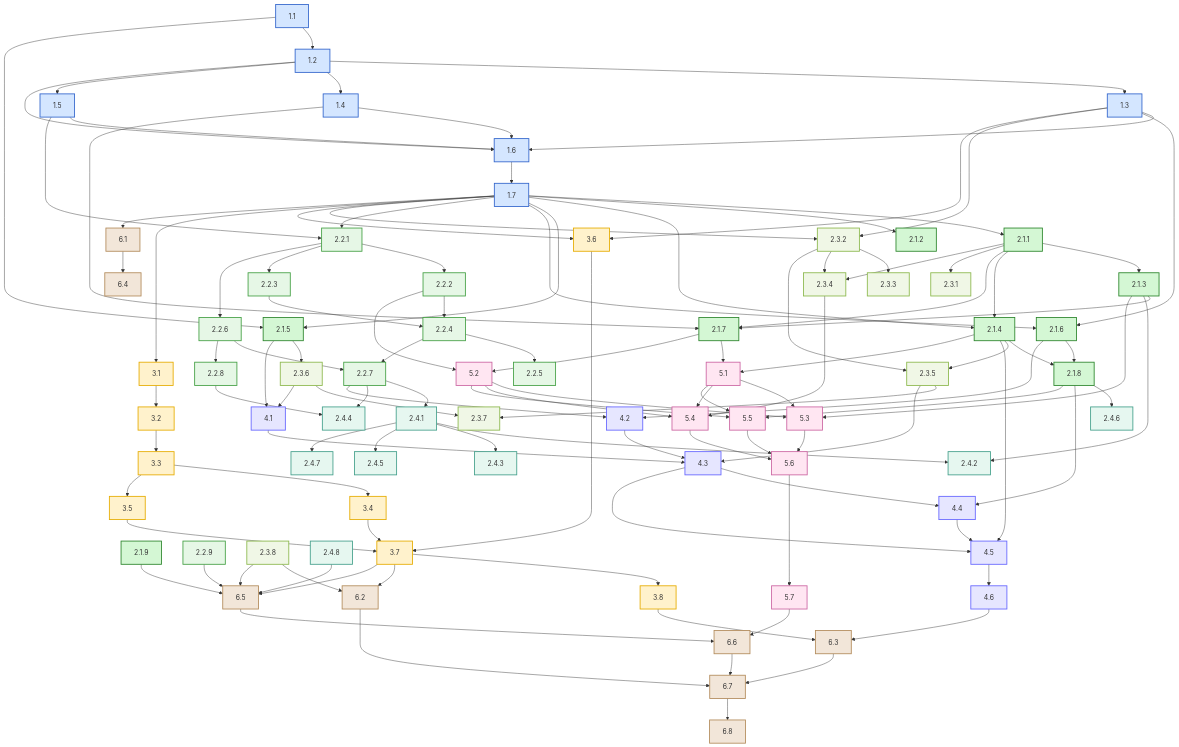
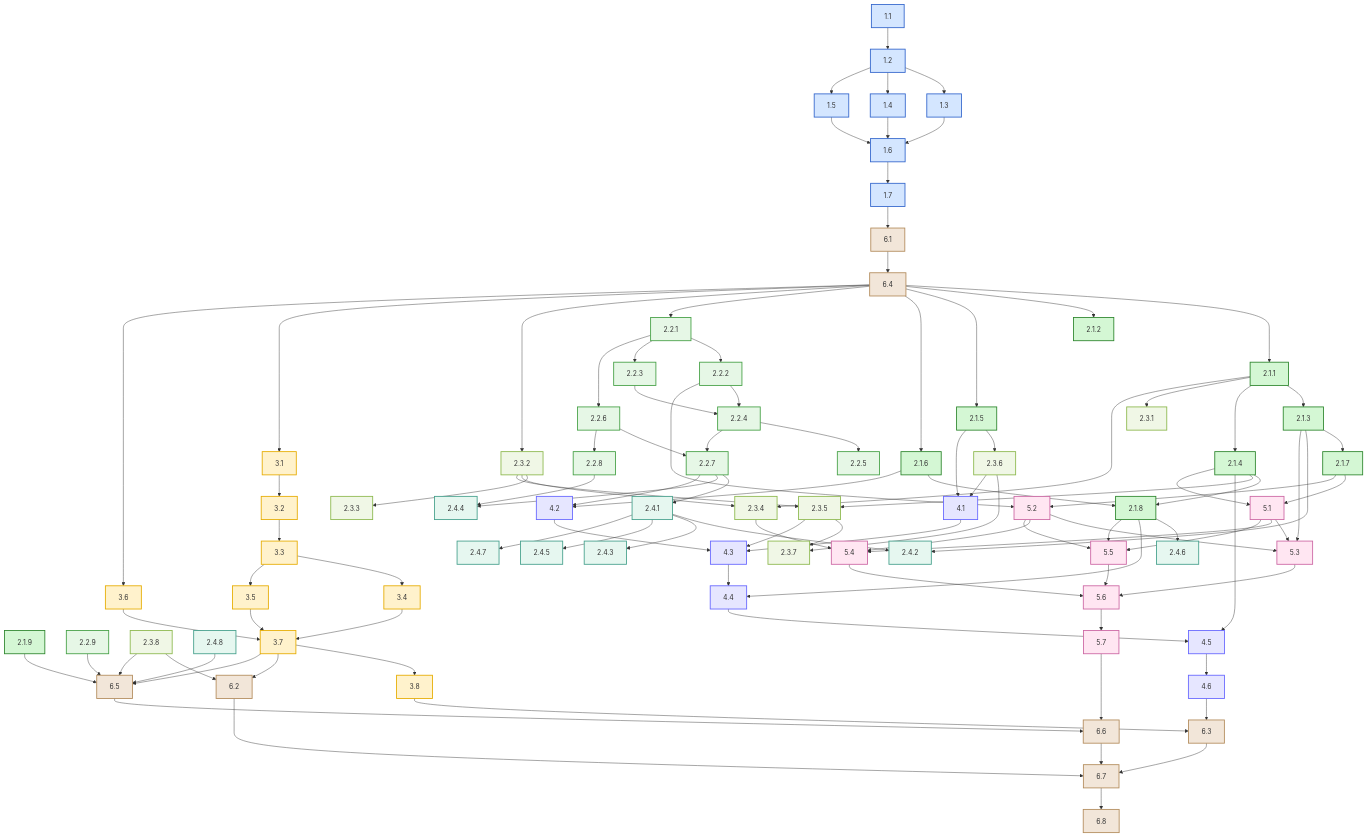
The first of 2 diagrams in docs/planning.md (Oldranda1414/SP2PFL-ProjectManagement), drawn with Mermaid before and after one commit.

Commit message:
update dependency graph

```diff
--- a/docs/planning.md
+++ b/docs/planning.md
@@ -548,36 +548,33 @@
     6.8:::qa
 
     %% Dependencies
+
+    %%% Research & Design Dependencies
     1.1 --> 1.2
     1.2 --> 1.3
     1.2 --> 1.4
     1.2 --> 1.5
-    1.2 --> 1.6
     1.3 --> 1.6
     1.4 --> 1.6
     1.5 --> 1.6
     1.6 --> 1.7
     
-    1.7 --> 2.1.1
-    1.7 --> 2.1.2
-    1.7 --> 2.1.4
-    1.7 --> 2.1.5
-    1.7 --> 2.1.6
-    1.1 --> 2.1.5
-    1.3 --> 2.1.6
-    1.4 --> 2.1.7
-    1.5 --> 2.2.1
-    1.7 --> 2.2.1
-    1.3 --> 2.3.2
-    1.7 --> 2.3.2
-    1.3 --> 3.6
-    1.7 --> 3.6
-    1.7 --> 3.1
+    %%% Quality Assurance Dependencies
     1.7 --> 6.1
+    6.1 --> 6.4
+    
+    %%% Core Framework Dependencies
+    6.4 --> 2.1.1
+    6.4 --> 2.1.2
+    6.4 --> 2.1.5
+    6.4 --> 2.1.6
+    6.4 --> 2.2.1
+    6.4 --> 2.3.2
+    6.4 --> 3.1
+    6.4 --> 3.6
     
     2.1.1 --> 2.1.3
     2.1.1 --> 2.1.4
-    2.1.1 --> 2.1.7
     2.1.1 --> 2.3.1
     2.1.1 --> 2.3.4
     2.1.3 --> 2.1.7
@@ -597,6 +594,7 @@
     2.1.8 --> 4.4
     2.1.8 --> 5.5
     
+    %%% Model Definition Dependencies
     2.2.1 --> 2.2.2
     2.2.1 --> 2.2.3
     2.2.1 --> 2.2.6
@@ -612,6 +610,7 @@
     2.2.7 --> 4.2
     2.2.8 --> 2.4.4
     
+    %%% Federation Management Dependencies
     2.3.2 --> 2.3.3
     2.3.2 --> 2.3.4
     2.3.2 --> 2.3.5
@@ -621,11 +620,13 @@
     2.3.6 --> 2.3.7
     2.3.6 --> 4.1
     
+    %%% Model Storage Dependencies
     2.4.1 --> 2.4.2
     2.4.1 --> 2.4.3
     2.4.1 --> 2.4.5
     2.4.1 --> 2.4.7
     
+    %%% Infrastructure Dependencies
     3.1 --> 3.2
     3.2 --> 3.3
     3.3 --> 3.4
@@ -637,15 +638,16 @@
     3.7 --> 6.2
     3.7 --> 6.5
     
+    %%% Federated Learning Dependencies
     4.1 --> 4.3
     4.2 --> 4.3
     4.3 --> 4.4
-    4.3 --> 4.5
     4.4 --> 4.5
     4.5 --> 4.6
     4.6 --> 6.3
     3.8 --> 6.3
     
+    %%% UI/UX Dependencies
     5.1 --> 5.3
     5.1 --> 5.4
     5.1 --> 5.5
@@ -656,14 +658,14 @@
     5.4 --> 5.6
     5.5 --> 5.6
     5.6 --> 5.7
-    5.7 --> 6.6
     
+    %%% Final QA Dependencies
     2.1.9 --> 6.5
     2.2.9 --> 6.5
     2.3.8 --> 6.2
     2.3.8 --> 6.5
     2.4.8 --> 6.5
-    6.1 --> 6.4
+    5.7 --> 6.6
     6.2 --> 6.7
     6.3 --> 6.7
     6.5 --> 6.6
```
